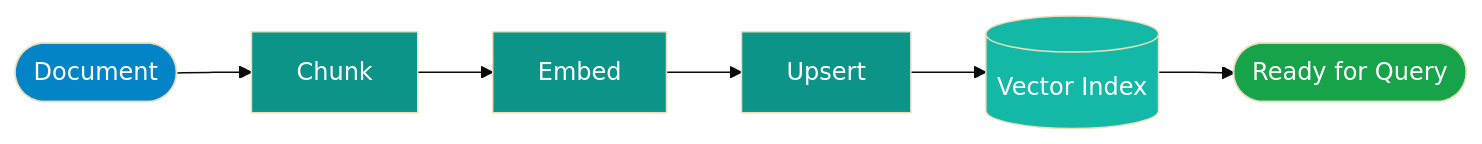
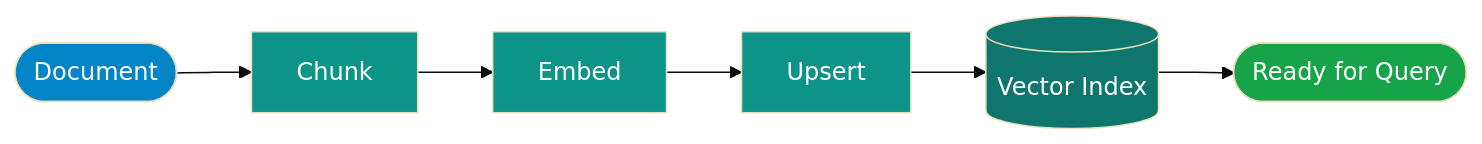
One commit to nitin27may/ai-resources changed the first of 2 diagrams in docs/rag/vector-databases.md. Above: the diagram before and after it, drawn with Mermaid (base theme). The commit also changed other lines of this file and 84 other files, not shown here.

````diff
--- a/docs/rag/vector-databases.md
+++ b/docs/rag/vector-databases.md
@@ -72,15 +131,15 @@
 ```mermaid
 flowchart LR
     A([Document]) --> B[Chunk]
     B --> C[Embed]
     C --> D[Upsert]
     D --> E[(Vector Index)]
     E --> F([Ready for Query])
 
     style A fill:#0284c7,color:#fff
     style B fill:#0d9488,color:#fff
     style C fill:#0d9488,color:#fff
     style D fill:#0d9488,color:#fff
-    style E fill:#14b8a6,color:#fff
+    style E fill:#0f766e,color:#fff
     style F fill:#16a34a,color:#fff
 ```
````
